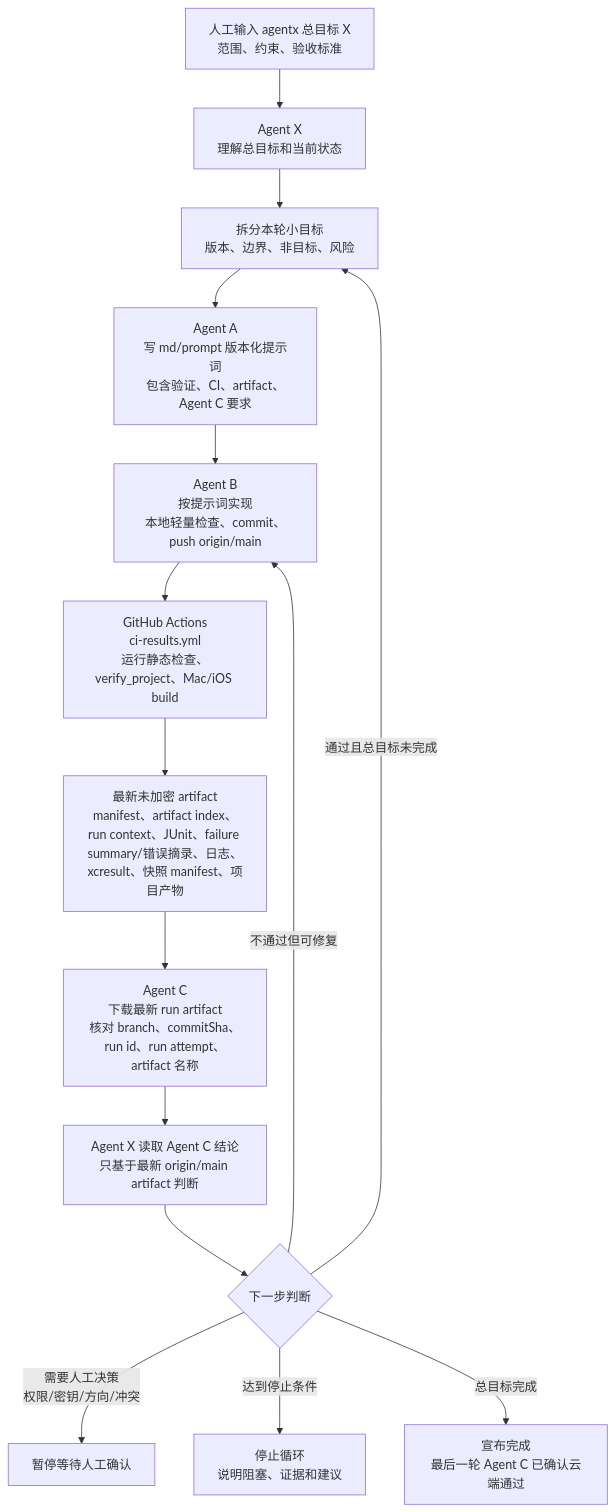
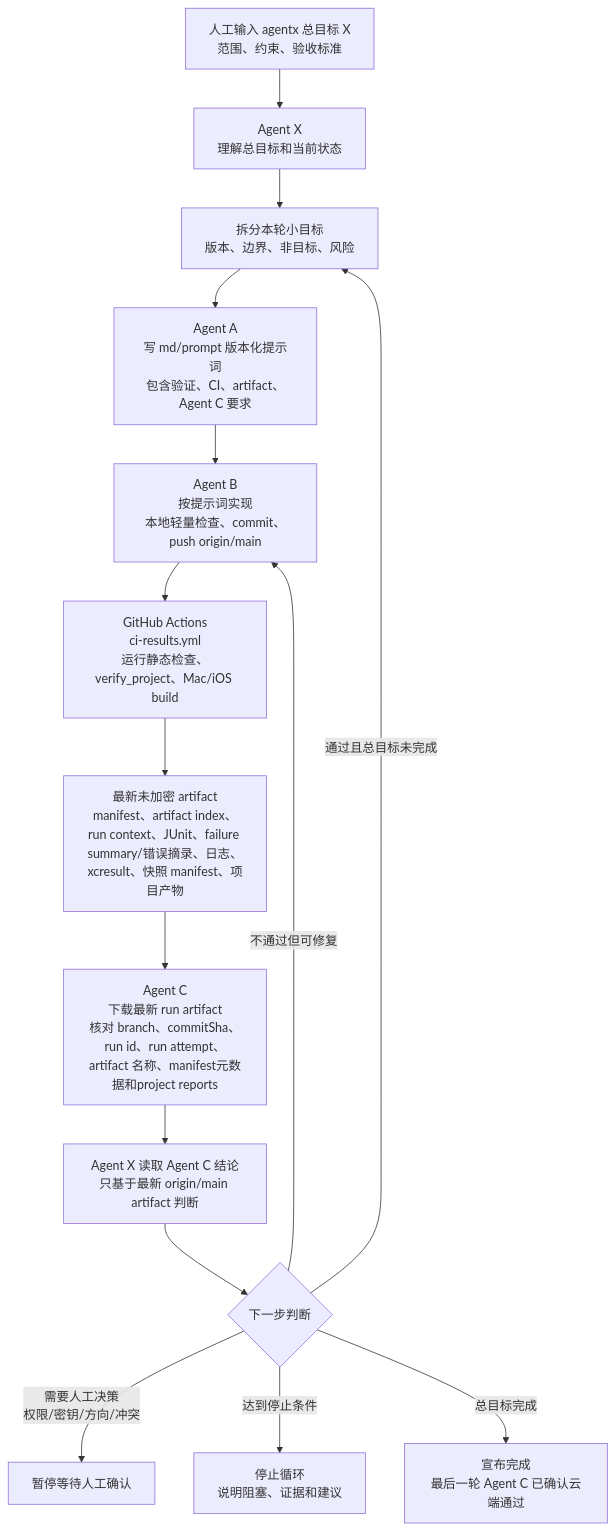
The sixth of 6 diagrams in md/flow/flowchart.md (Altman-sam114/114), drawn with Mermaid before and after one commit. The commit also changed other lines of this file and 7 other files, not shown here.

````diff
--- a/md/flow/flowchart.md
+++ b/md/flow/flowchart.md
@@ -131,17 +131,17 @@
 ```mermaid
 flowchart TD
   H["人工输入 agentx 总目标 X<br/>范围、约束、验收标准"] --> X0["Agent X<br/>理解总目标和当前状态"]
   X0 --> X1["拆分本轮小目标<br/>版本、边界、非目标、风险"]
   X1 --> A["Agent A<br/>写 md/prompt 版本化提示词<br/>包含验证、CI、artifact、Agent C 要求"]
   A --> B["Agent B<br/>按提示词实现<br/>本地轻量检查、commit、push origin/main"]
   B --> CI["GitHub Actions<br/>ci-results.yml<br/>运行静态检查、verify_project、Mac/iOS build"]
   CI --> ART["最新未加密 artifact<br/>manifest、artifact index、run context、JUnit、failure summary/错误摘录、日志、xcresult、快照 manifest、项目产物"]
-  ART --> C["Agent C<br/>下载最新 run artifact<br/>核对 branch、commitSha、run id、run attempt、artifact 名称"]
+  ART --> C["Agent C<br/>下载最新 run artifact<br/>核对 branch、commitSha、run id、run attempt、artifact 名称、manifest元数据和project reports"]
   C --> X2["Agent X 读取 Agent C 结论<br/>只基于最新 origin/main artifact 判断"]
   X2 --> D{"下一步判断"}
   D -->|通过且总目标未完成| X1
   D -->|不通过但可修复| B
   D -->|需要人工决策<br/>权限/密钥/方向/冲突| P["暂停等待人工确认"]
   D -->|达到停止条件| S["停止循环<br/>说明阻塞、证据和建议"]
   D -->|总目标完成| DONE["宣布完成<br/>最后一轮 Agent C 已确认云端通过"]
 ```
````
